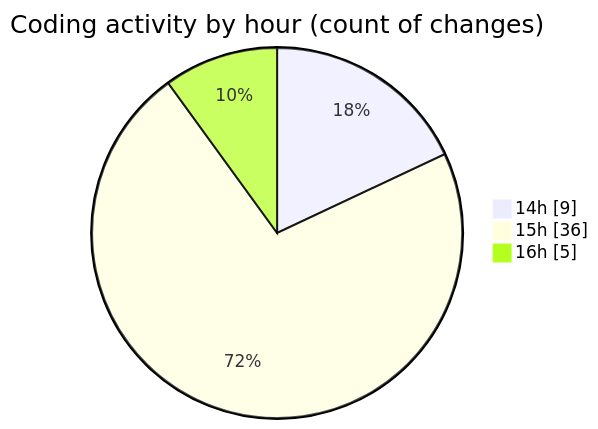
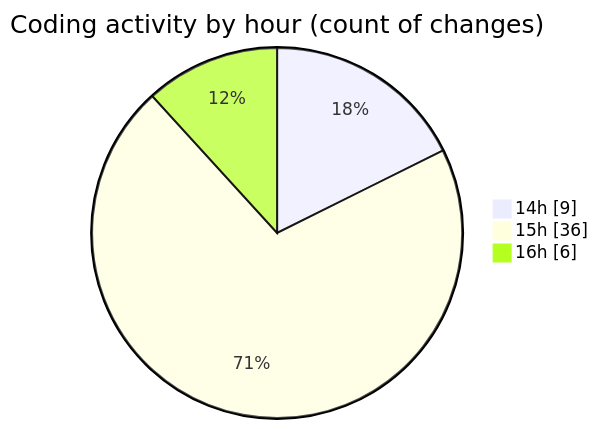
One commit to Ritupan-Deka/code-tracking changed the second of 2 diagrams in 2025-06-17/projects/README.md. Above: the diagram before and after it, drawn with Mermaid. The commit also changed other lines of this file and 1 other file, not shown here.

````diff
--- a/2025-06-17/projects/README.md
+++ b/2025-06-17/projects/README.md
@@ -29,7 +29,7 @@
 ```mermaid
 pie showData
 title Coding activity by hour (count of changes)
 "14h" : 9
 "15h" : 36
-"16h" : 5
+"16h" : 6
 ```
````
